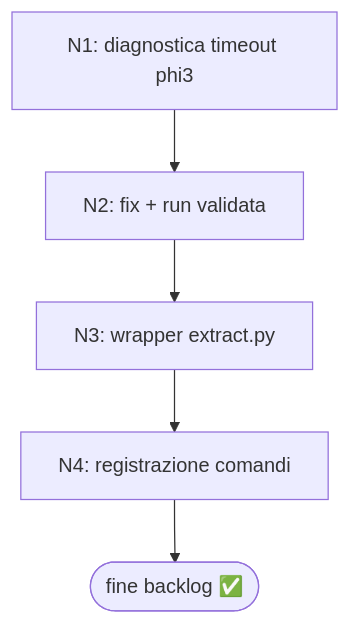
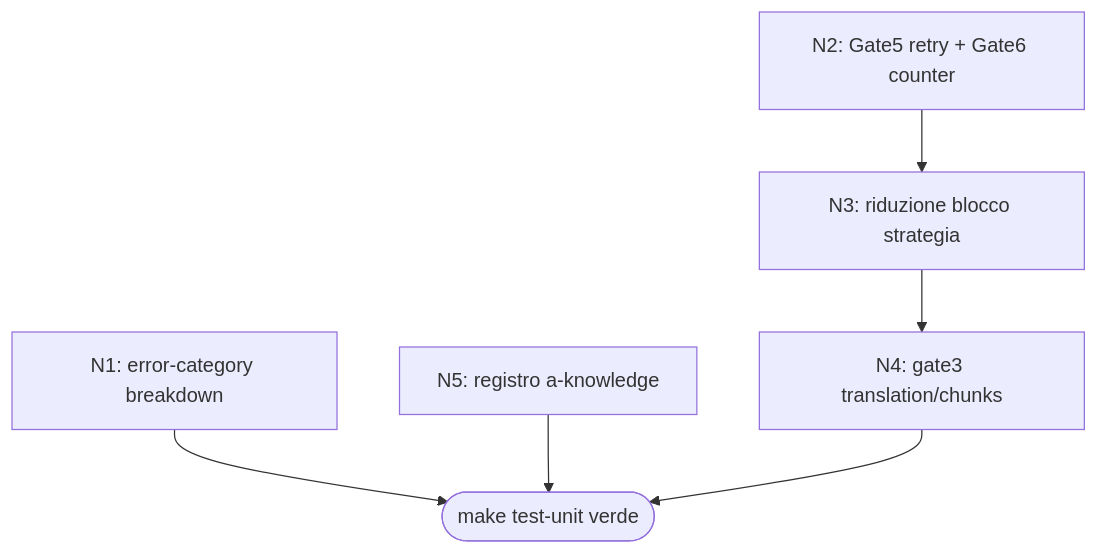
One commit to carlo-tara/HAL changed the diagram in product/state/work-graph.md. Above: the diagram before and after it, drawn with Mermaid. The commit also changed other lines of this file and 109 other files, not shown here.

First line of the commit message:
feat(system1-gating): Gate 5/6 atterrati con retry bounded, registro a-knowledge e igiene repo completa

````diff
--- a/product/state/work-graph.md
+++ b/product/state/work-graph.md
@@ -39,7 +92,8 @@
 ```mermaid
 flowchart TD
-  N1[N1: diagnostica timeout phi3] --> N2[N2: fix + run validata]
-  N2 --> N3[N3: wrapper extract.py]
-  N3 --> N4[N4: registrazione comandi]
-  N4 --> DONE([fine backlog ✅])
+  N1[N1: error-category breakdown] --> DONE([make test-unit verde])
+  N2[N2: Gate5 retry + Gate6 counter] --> N3[N3: riduzione blocco strategia]
+  N3 --> N4[N4: gate3 translation/chunks]
+  N5[N5: registro a-knowledge] --> DONE
+  N4 --> DONE
 ```
````
